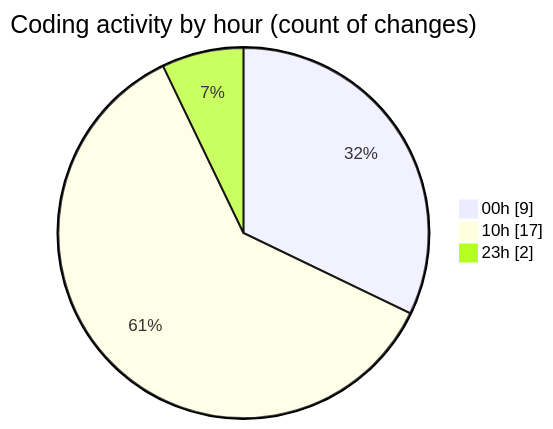
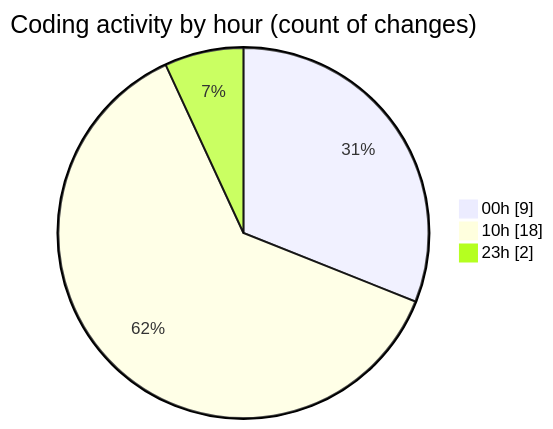
The second of 2 diagrams in 2025-11-15/cdp_aleoudev_fr__workspace_/README.md (julien-gomy/code-tracking), drawn with Mermaid before and after one commit. The commit also changed other lines of this file and 1 other file, not shown here.

````diff
--- a/2025-11-15/cdp_aleoudev_fr__workspace_/README.md
+++ b/2025-11-15/cdp_aleoudev_fr__workspace_/README.md
@@ -33,7 +33,7 @@
 ```mermaid
 pie showData
 title Coding activity by hour (count of changes)
 "00h" : 9
-"10h" : 17
+"10h" : 18
 "23h" : 2
 ```
````
